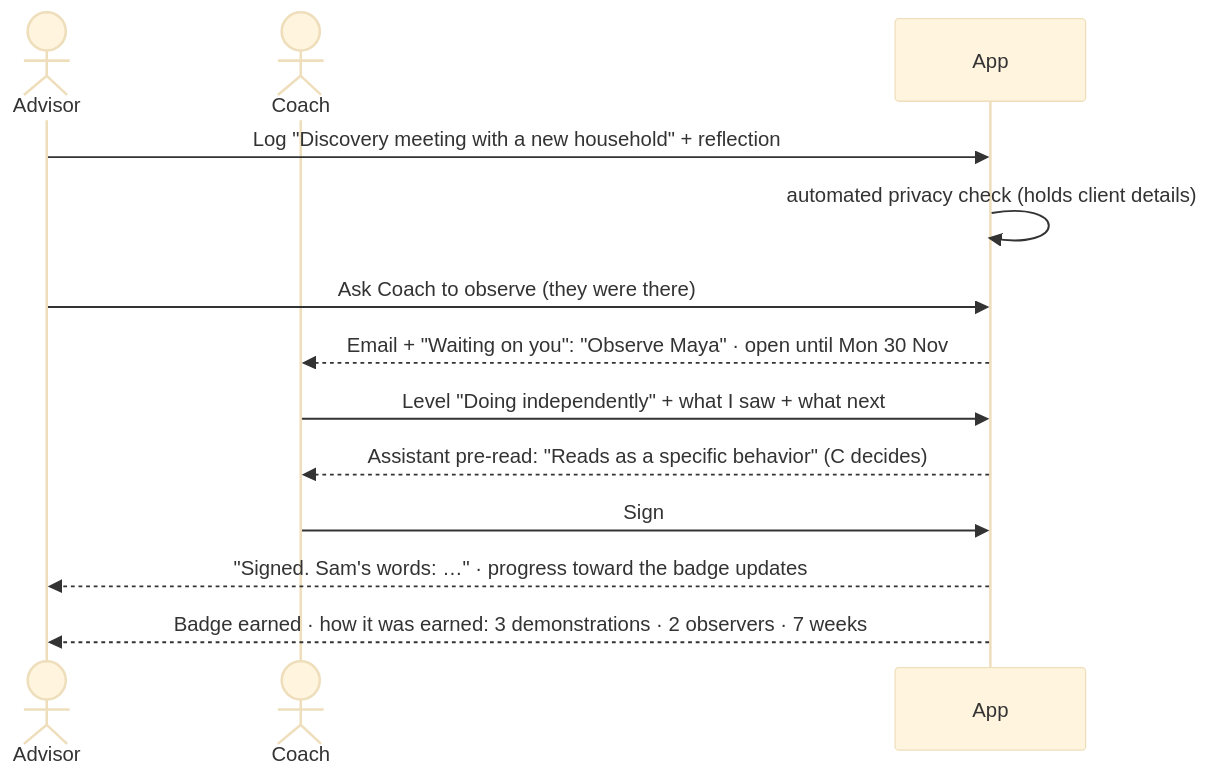
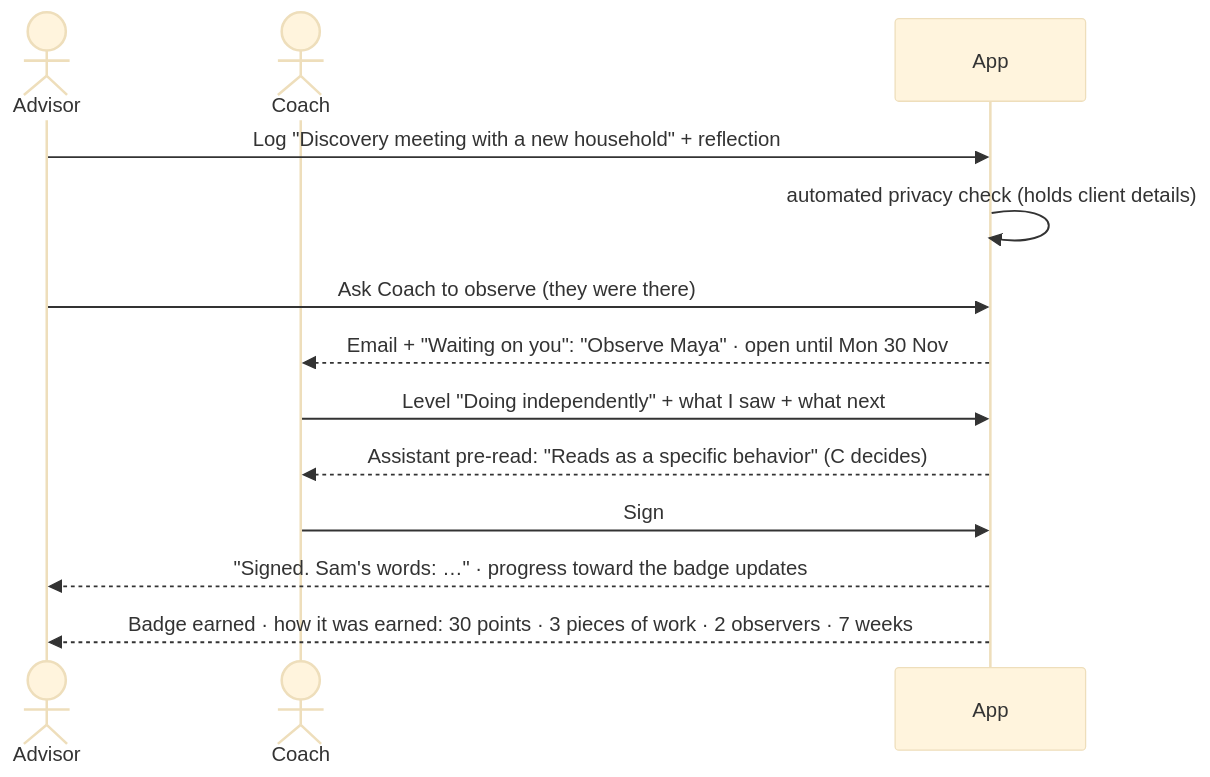
The third of 3 diagrams in docs/product/overview.md (brandonbryant12/project-x), drawn with Mermaid (base theme) before and after one commit. The commit also changed other lines of this file and 2 other files, not shown here.

````diff
--- a/docs/product/overview.md
+++ b/docs/product/overview.md
@@ -64,15 +67,15 @@
 ```mermaid
 sequenceDiagram
   actor A as Advisor
   actor C as Coach
   participant App
   A->>App: Log "Discovery meeting with a new household" + reflection
   App->>App: automated privacy check (holds client details)
   A->>App: Ask Coach to observe (they were there)
   App-->>C: Email + "Waiting on you": "Observe Maya" · open until Mon 30 Nov
   C->>App: Level "Doing independently" + what I saw + what next
   App-->>C: Assistant pre-read: "Reads as a specific behavior" (C decides)
   C->>App: Sign
   App-->>A: "Signed. Sam's words: …" · progress toward the badge updates
-  App-->>A: Badge earned · how it was earned: 3 demonstrations · 2 observers · 7 weeks
+  App-->>A: Badge earned · how it was earned: 30 points · 3 pieces of work · 2 observers · 7 weeks
 ```
````
